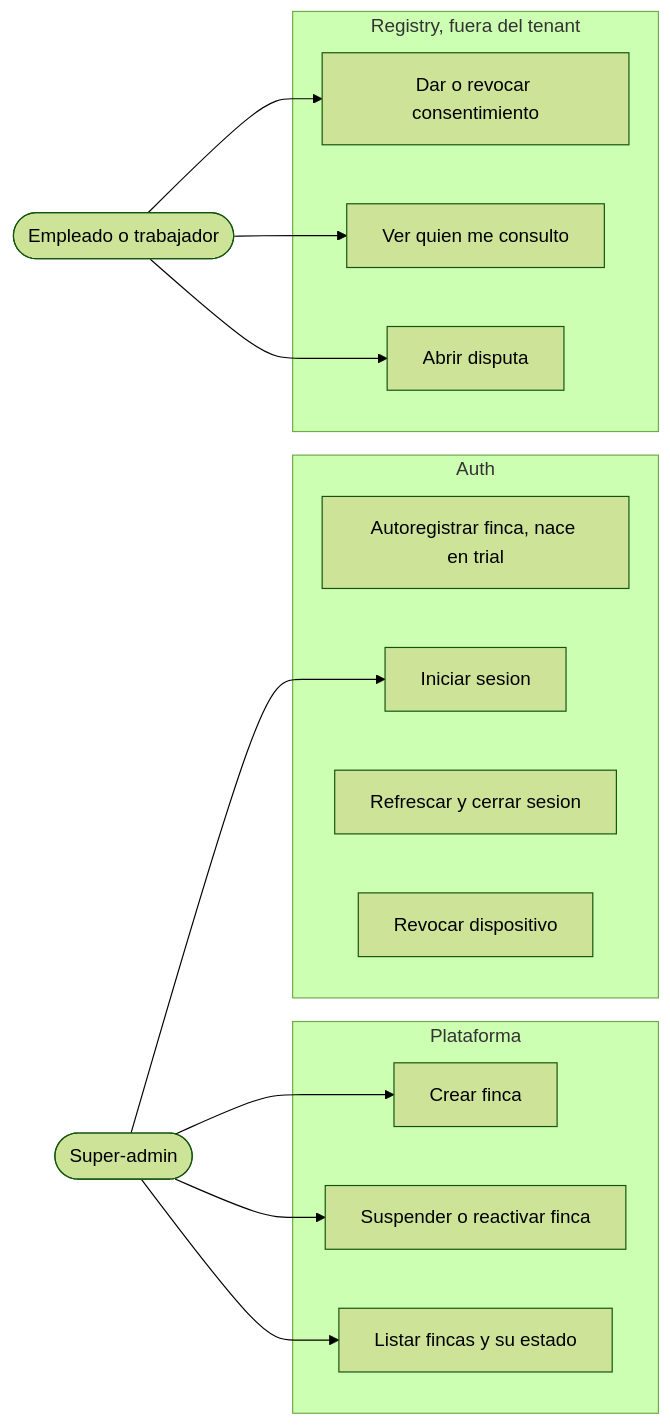
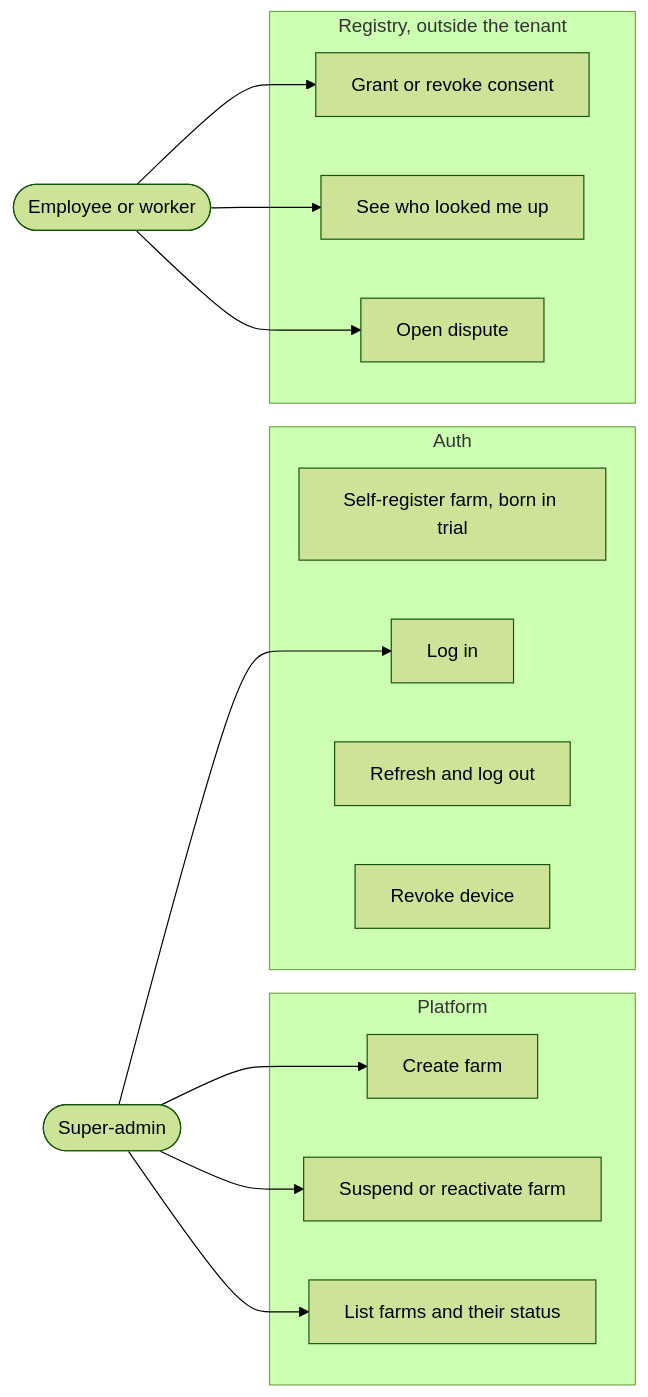
One commit to ojardila/bascula changed the fourth of 7 diagrams in docs/diagramas/sistema.md. Above: the diagram before and after it, drawn with Mermaid (forest theme). The commit also changed other lines of this file and 25 other files, not shown here.

````diff
--- a/docs/diagramas/sistema.md
+++ b/docs/diagramas/sistema.md
@@ -278,30 +278,30 @@
 ```mermaid
 graph LR
     sa(["Super-admin"])
-    emp(["Empleado o trabajador"])
+    emp(["Employee or worker"])
 
-    subgraph M9["Plataforma"]
-        p1["Crear finca"]
-        p2["Suspender o reactivar finca"]
-        p3["Listar fincas y su estado"]
+    subgraph M9["Platform"]
+        p1["Create farm"]
+        p2["Suspend or reactivate farm"]
+        p3["List farms and their status"]
     end
     subgraph M10["Auth"]
-        a1["Autoregistrar finca, nace en trial"]
-        a2["Iniciar sesion"]
-        a3["Refrescar y cerrar sesion"]
-        a4["Revocar dispositivo"]
+        a1["Self-register farm, born in trial"]
+        a2["Log in"]
+        a3["Refresh and log out"]
+        a4["Revoke device"]
     end
-    subgraph M11["Registry, fuera del tenant"]
-        g1["Dar o revocar consentimiento"]
-        g2["Ver quien me consulto"]
-        g3["Abrir disputa"]
+    subgraph M11["Registry, outside the tenant"]
+        g1["Grant or revoke consent"]
+        g2["See who looked me up"]
+        g3["Open dispute"]
     end
 
     sa --> p1
     sa --> p2
     sa --> p3
     sa --> a2
     emp --> g1
     emp --> g2
     emp --> g3
 ```
````
